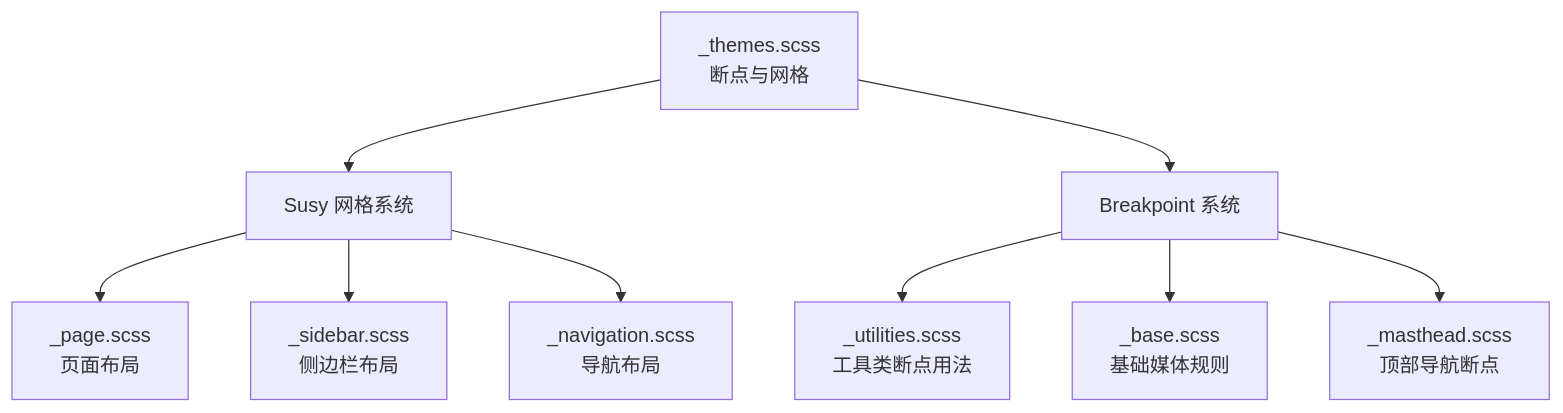
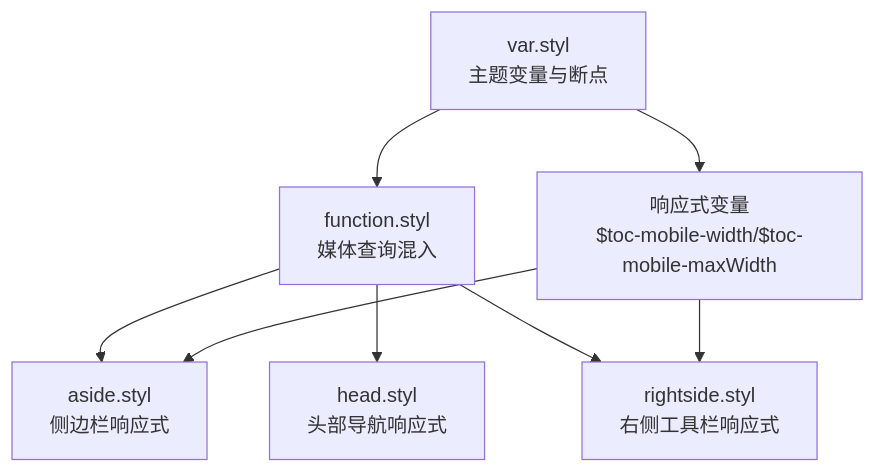
Before and after one commit to CoolPig0720/CoolPig0720.github.io: the second of 5 diagrams in .qoder/repowiki/zh/content/主题和样式系统/响应式设计实现.md, drawn with Mermaid. The commit also changed other lines of this file and 36 other files, not shown here.

````diff
--- a/.qoder/repowiki/zh/content/主题和样式系统/响应式设计实现.md
+++ b/.qoder/repowiki/zh/content/主题和样式系统/响应式设计实现.md
@@ -91,11 +89,10 @@
 ```mermaid
 graph TB
-T["_themes.scss<br/>断点与网格"] --> S["Susy 网格系统"]
-T --> BP["Breakpoint 系统"]
-S --> L1["_page.scss<br/>页面布局"]
-S --> L2["_sidebar.scss<br/>侧边栏布局"]
-S --> L3["_navigation.scss<br/>导航布局"]
-BP --> U["_utilities.scss<br/>工具类断点用法"]
-BP --> B["_base.scss<br/>基础媒体规则"]
-BP --> M["_masthead.scss<br/>顶部导航断点"]
+T["var.styl<br/>主题变量与断点"] --> F["function.styl<br/>媒体查询混入"]
+T --> V["响应式变量<br/>$toc-mobile-width/$toc-mobile-maxWidth"]
+F --> A["aside.styl<br/>侧边栏响应式"]
+F --> H["head.styl<br/>头部导航响应式"]
+F --> R["rightside.styl<br/>右侧工具栏响应式"]
+V --> A
+V --> R
 ```
````
